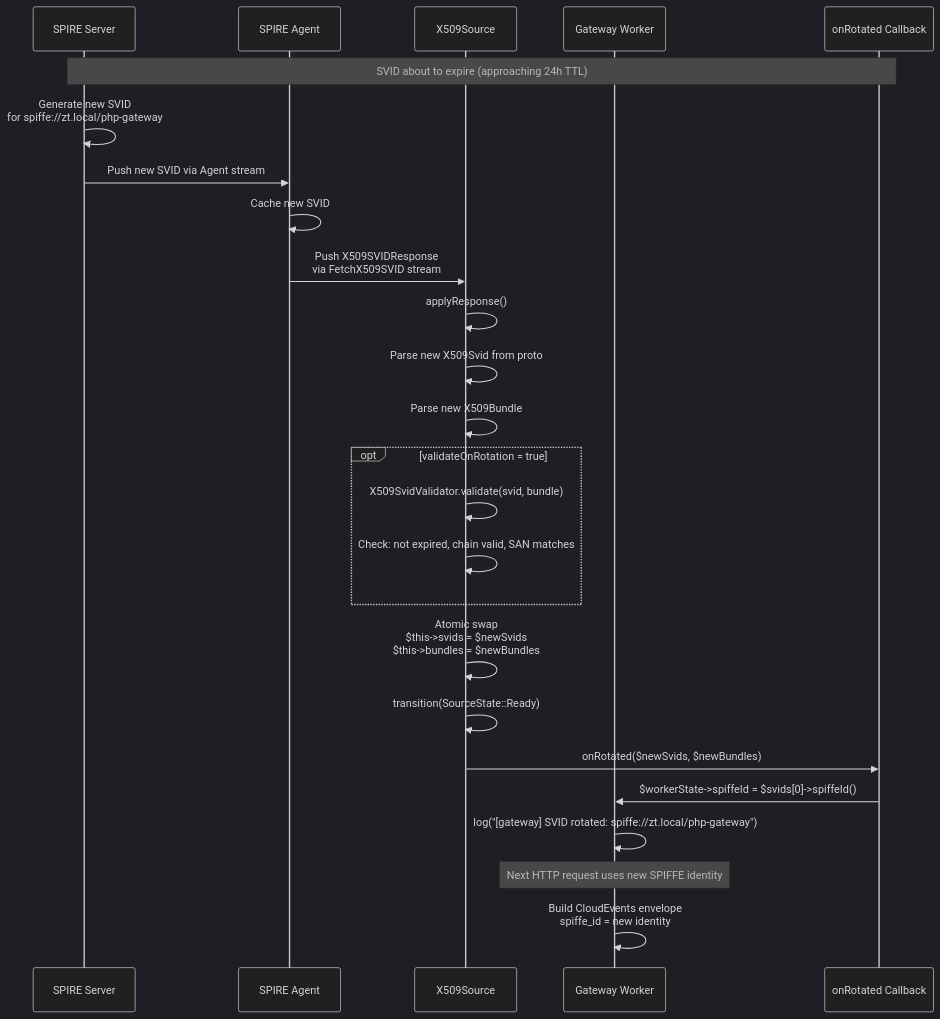
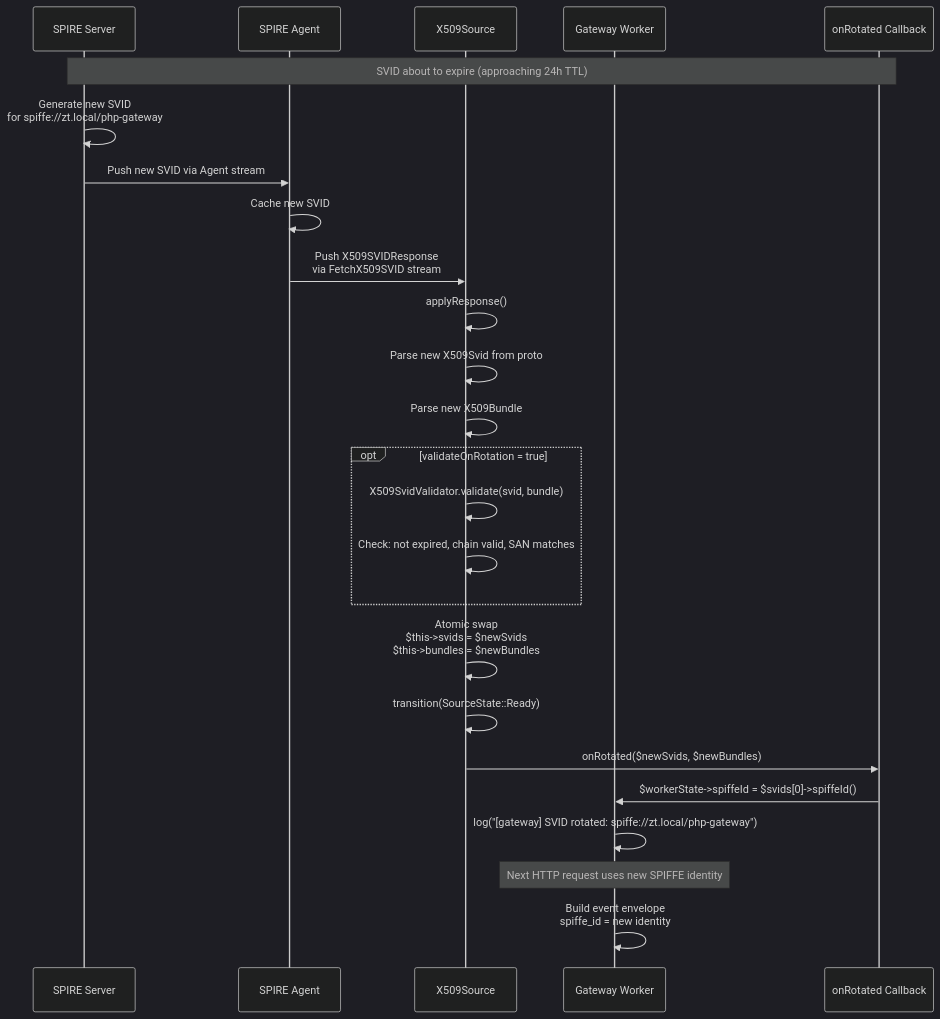
Before and after one commit to jie80219/zt-event-gateway: diagram 14 of 21 in docs/architecture-flows.md, drawn with Mermaid (dark theme). The commit also changed other lines of this file and 55 other files, not shown here.

````diff
--- a/docs/architecture-flows.md
+++ b/docs/architecture-flows.md
@@ -711,33 +705,33 @@
 ```mermaid
 sequenceDiagram
     participant SS as SPIRE Server
     participant SA as SPIRE Agent
     participant X5 as X509Source
     participant GW as Gateway Worker
     participant CB as onRotated Callback
 
     Note over SS,CB: SVID about to expire (approaching 24h TTL)
     SS->>SS: Generate new SVID<br/>for spiffe://zt.local/php-gateway
     SS->>SA: Push new SVID via Agent stream
     SA->>SA: Cache new SVID
     SA->>X5: Push X509SVIDResponse<br/>via FetchX509SVID stream
 
     X5->>X5: applyResponse()
     X5->>X5: Parse new X509Svid from proto
     X5->>X5: Parse new X509Bundle
     
     opt validateOnRotation = true
         X5->>X5: X509SvidValidator.validate(svid, bundle)
         X5->>X5: Check: not expired, chain valid, SAN matches
     end
 
     X5->>X5: Atomic swap<br/>$this->svids = $newSvids<br/>$this->bundles = $newBundles
     X5->>X5: transition(SourceState::Ready)
 
     X5->>CB: onRotated($newSvids, $newBundles)
     CB->>GW: $workerState->spiffeId = $svids[0]->spiffeId()
     GW->>GW: log("[gateway] SVID rotated: spiffe://zt.local/php-gateway")
 
     Note over GW: Next HTTP request uses new SPIFFE identity
-    GW->>GW: Build CloudEvents envelope<br/>spiffe_id = new identity
+    GW->>GW: Build event envelope<br/>spiffe_id = new identity
 ```
````
